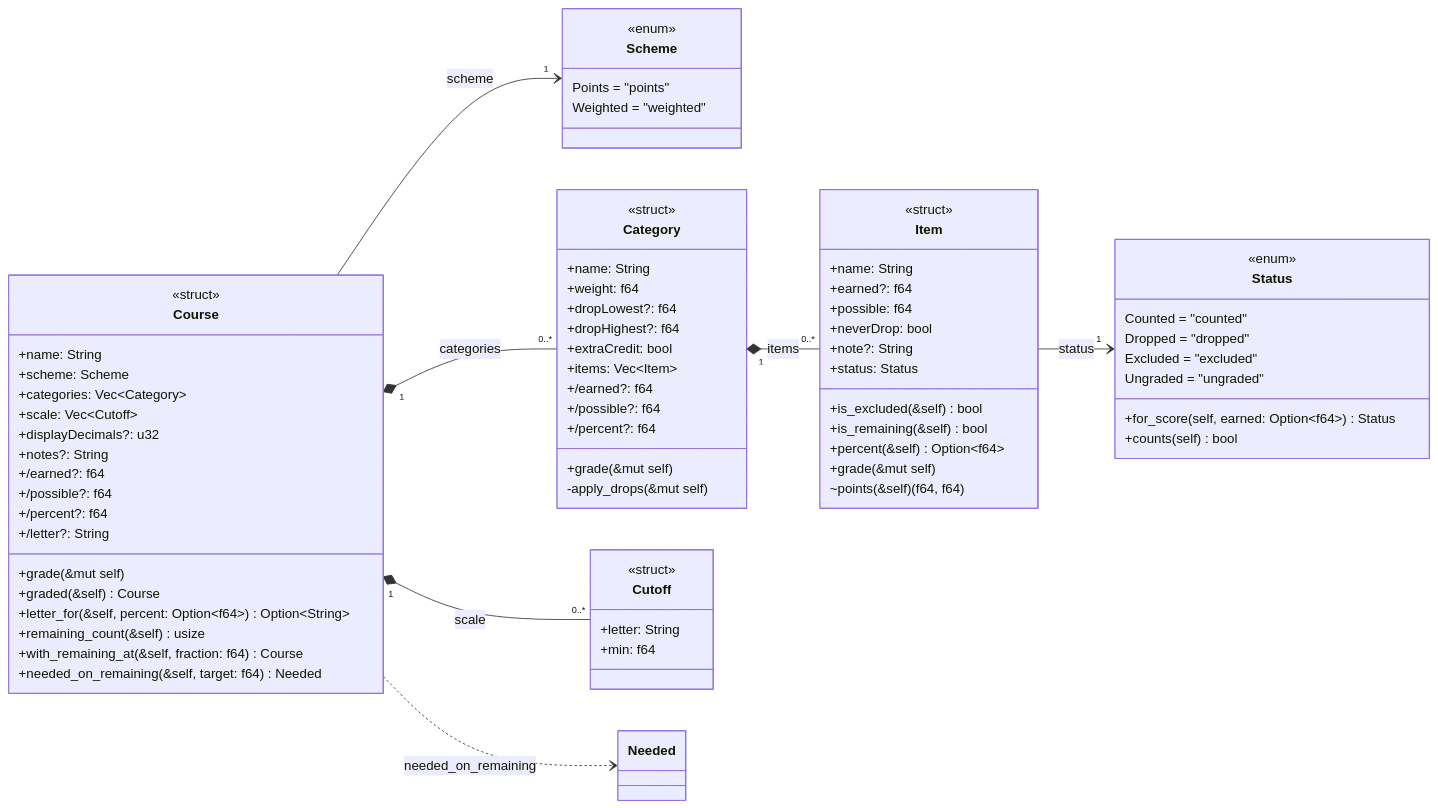
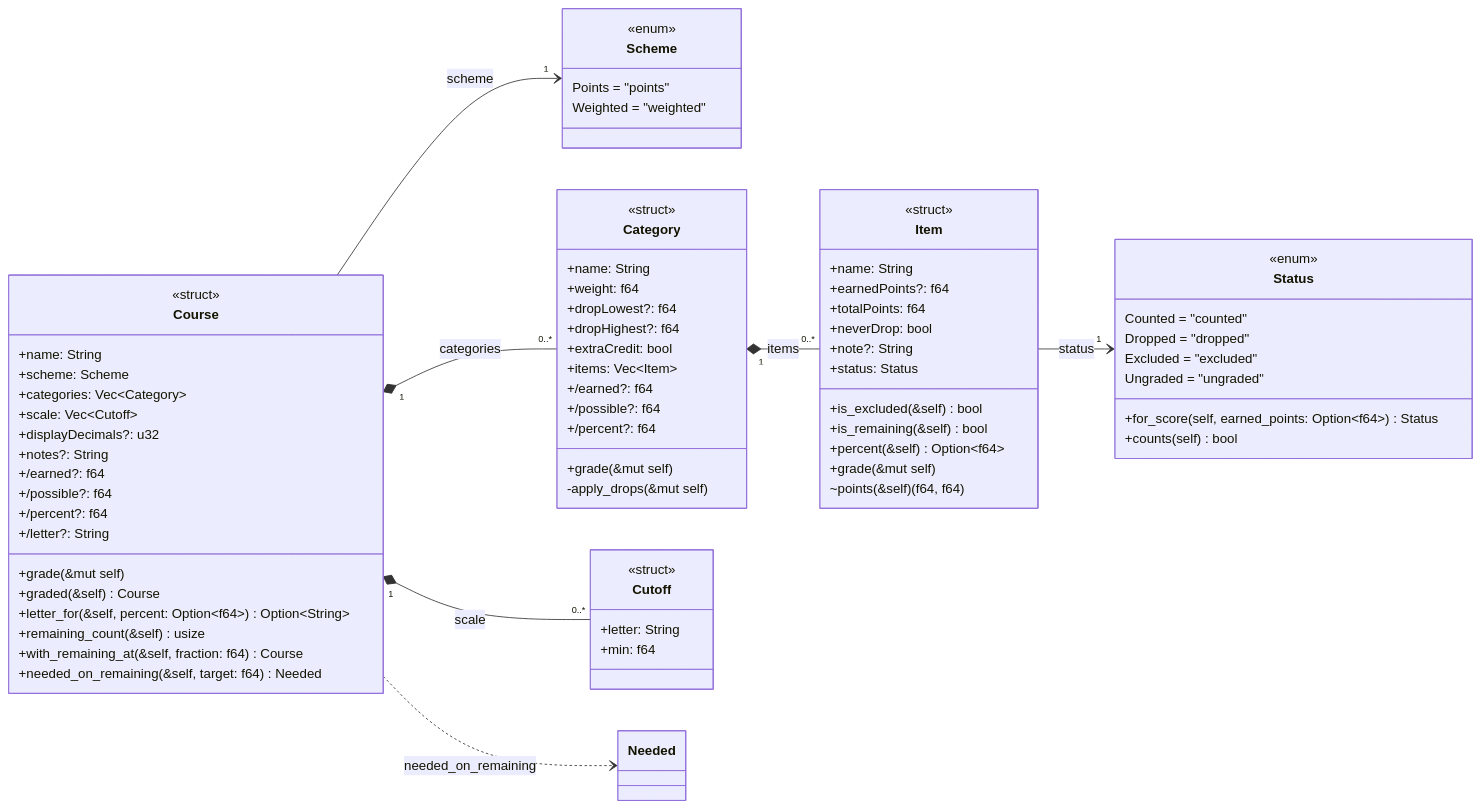
One commit to Patman1O1/grade-calculator changed the second of 9 diagrams in docs/uml.md. Above: the diagram before and after it, drawn with Mermaid. The commit also changed other lines of this file and 13 other files, not shown here.

First line of the commit message:
Rename Item's earned / possible to earned_points / total_points

````diff
--- a/docs/uml.md
+++ b/docs/uml.md
@@ -74,76 +74,76 @@
 ```mermaid
 classDiagram
   direction LR
   class Scheme {
     <<enum>>
     Points = "points"
     Weighted = "weighted"
   }
   class Course {
     <<struct>>
     +name: String
     +scheme: Scheme
     +categories: Vec~Category~
     +scale: Vec~Cutoff~
     +displayDecimals?: u32
     +notes?: String
     +/earned?: f64
     +/possible?: f64
     +/percent?: f64
     +/letter?: String
     +grade(&mut self)
     +graded(&self) Course
     +letter_for(&self, percent: Option~f64~) Option~String~
     +remaining_count(&self) usize
     +with_remaining_at(&self, fraction: f64) Course
     +needed_on_remaining(&self, target: f64) Needed
   }
   class Category {
     <<struct>>
     +name: String
     +weight: f64
     +dropLowest?: f64
     +dropHighest?: f64
     +extraCredit: bool
     +items: Vec~Item~
     +/earned?: f64
     +/possible?: f64
     +/percent?: f64
     +grade(&mut self)
     -apply_drops(&mut self)
   }
   class Item {
     <<struct>>
     +name: String
-    +earned?: f64
-    +possible: f64
+    +earnedPoints?: f64
+    +totalPoints: f64
     +neverDrop: bool
     +note?: String
     +status: Status
     +is_excluded(&self) bool
     +is_remaining(&self) bool
     +percent(&self) Option~f64~
     +grade(&mut self)
     ~points(&self) (f64, f64)
   }
   class Cutoff {
     <<struct>>
     +letter: String
     +min: f64
   }
   class Status {
     <<enum>>
     Counted = "counted"
     Dropped = "dropped"
     Excluded = "excluded"
     Ungraded = "ungraded"
-    +for_score(self, earned: Option~f64~) Status
+    +for_score(self, earned_points: Option~f64~) Status
     +counts(self) bool
   }
   Course "1" *-- "0..*" Category : categories
   Category "1" *-- "0..*" Item : items
   Course "1" *-- "0..*" Cutoff : scale
   Course --> "1" Scheme : scheme
   Item --> "1" Status : status
   Course ..> Needed : needed_on_remaining
 ```
````
